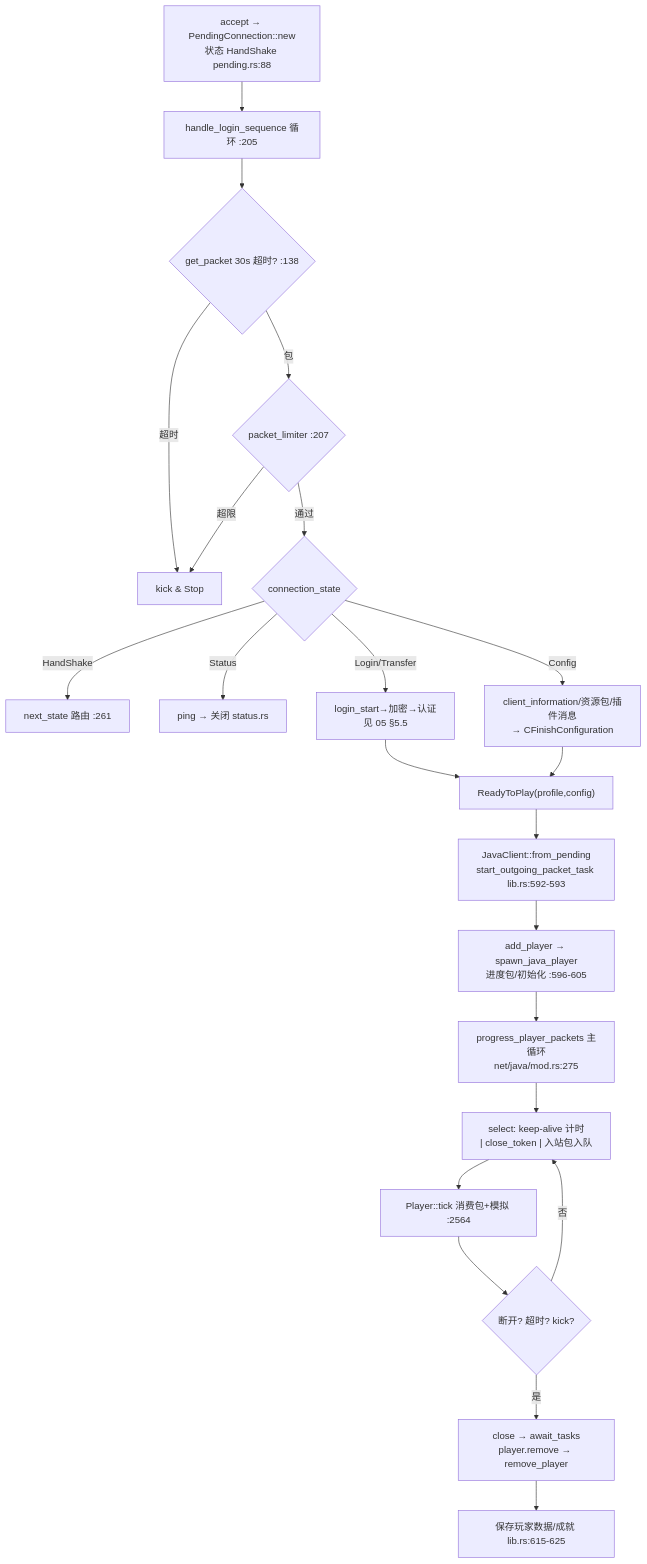
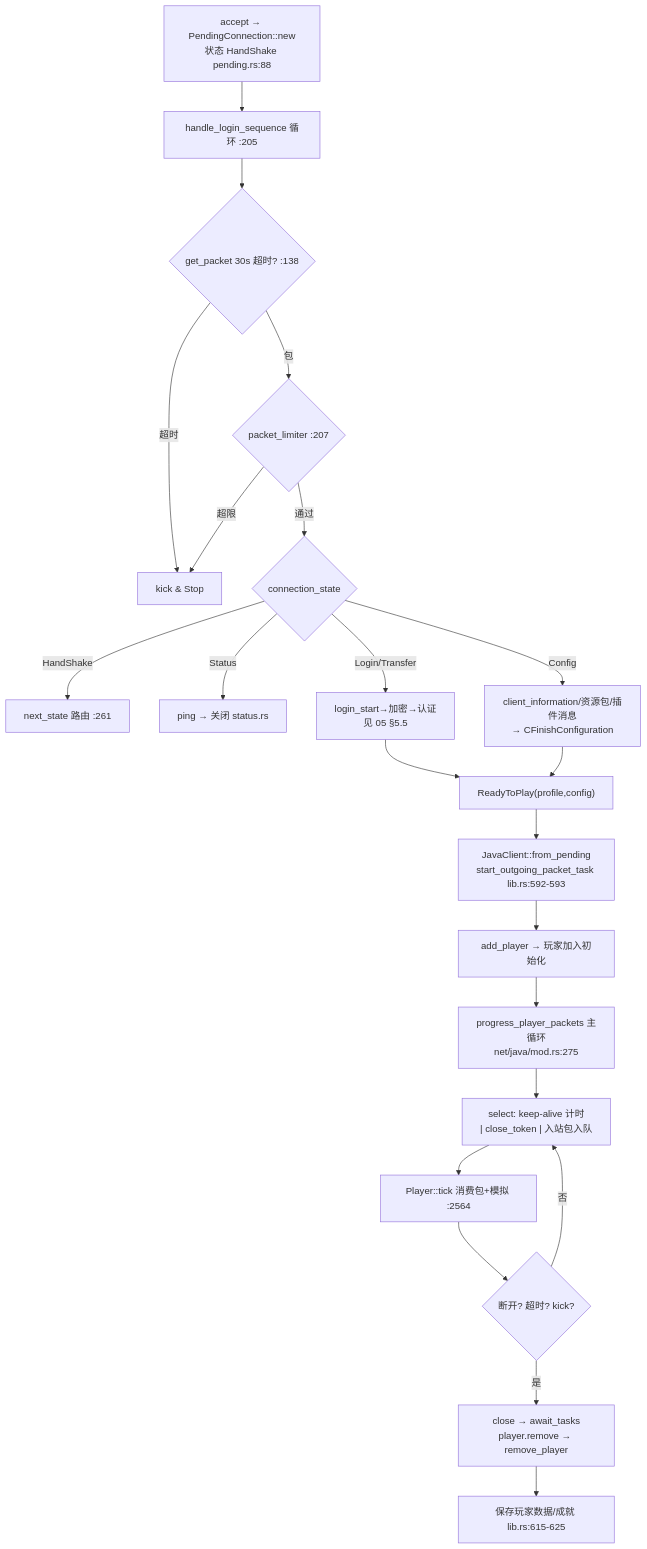
Before and after one commit to Quotidietium/Papokin: the third of 5 diagrams in note/06-控制流.md, drawn with Mermaid. The commit also changed other lines of this file and 2 other files, not shown here.

````diff
--- a/note/06-控制流.md
+++ b/note/06-控制流.md
@@ -92,24 +90,24 @@
 ```mermaid
 flowchart TD
     A["accept → PendingConnection::new<br/>状态 HandShake pending.rs:88"] --> B["handle_login_sequence 循环 :205"]
     B --> C{"get_packet 30s 超时? :138"}
     C -->|超时| KICK["kick & Stop"]
     C -->|包| D{"packet_limiter :207"}
     D -->|超限| KICK
     D -->|通过| E{"connection_state"}
     E -->|HandShake| F["next_state 路由 :261"]
     E -->|Status| G["ping → 关闭 status.rs"]
     E -->|Login/Transfer| H["login_start→加密→认证<br/>见 05 §5.5"]
     E -->|Config| I["client_information/资源包/插件消息<br/>→ CFinishConfiguration"]
     H --> J["ReadyToPlay(profile,config)"]
     I --> J
     J --> L["JavaClient::from_pending<br/>start_outgoing_packet_task lib.rs:592-593"]
-    L --> M["add_player → spawn_java_player<br/>进度包/初始化 :596-605"]
+    L --> M["add_player → 玩家加入初始化"]
     M --> N["progress_player_packets 主循环<br/>net/java/mod.rs:275"]
     N --> O["select: keep-alive 计时<br/>| close_token | 入站包入队"]
     O --> P["Player::tick 消费包+模拟 :2564"]
     P --> Q{"断开? 超时? kick?"}
     Q -->|否| O
     Q -->|是| R["close → await_tasks<br/>player.remove → remove_player"]
     R --> S["保存玩家数据/成就 lib.rs:615-625"]
 ```
````
